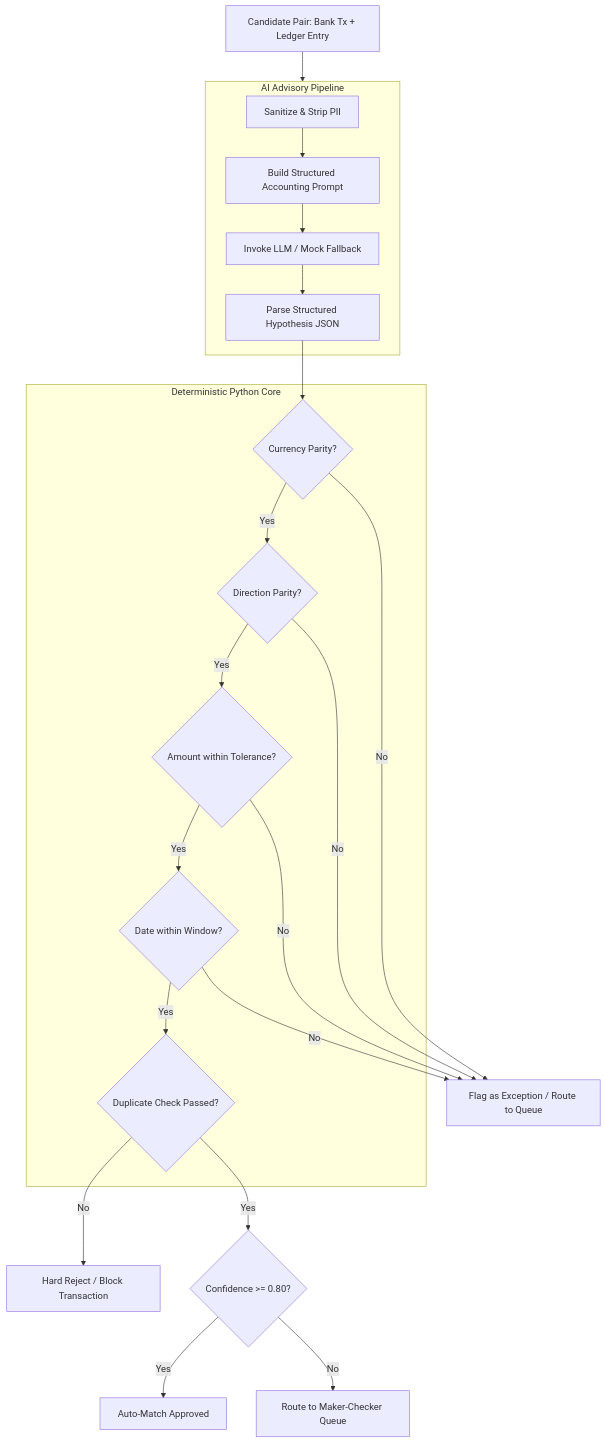
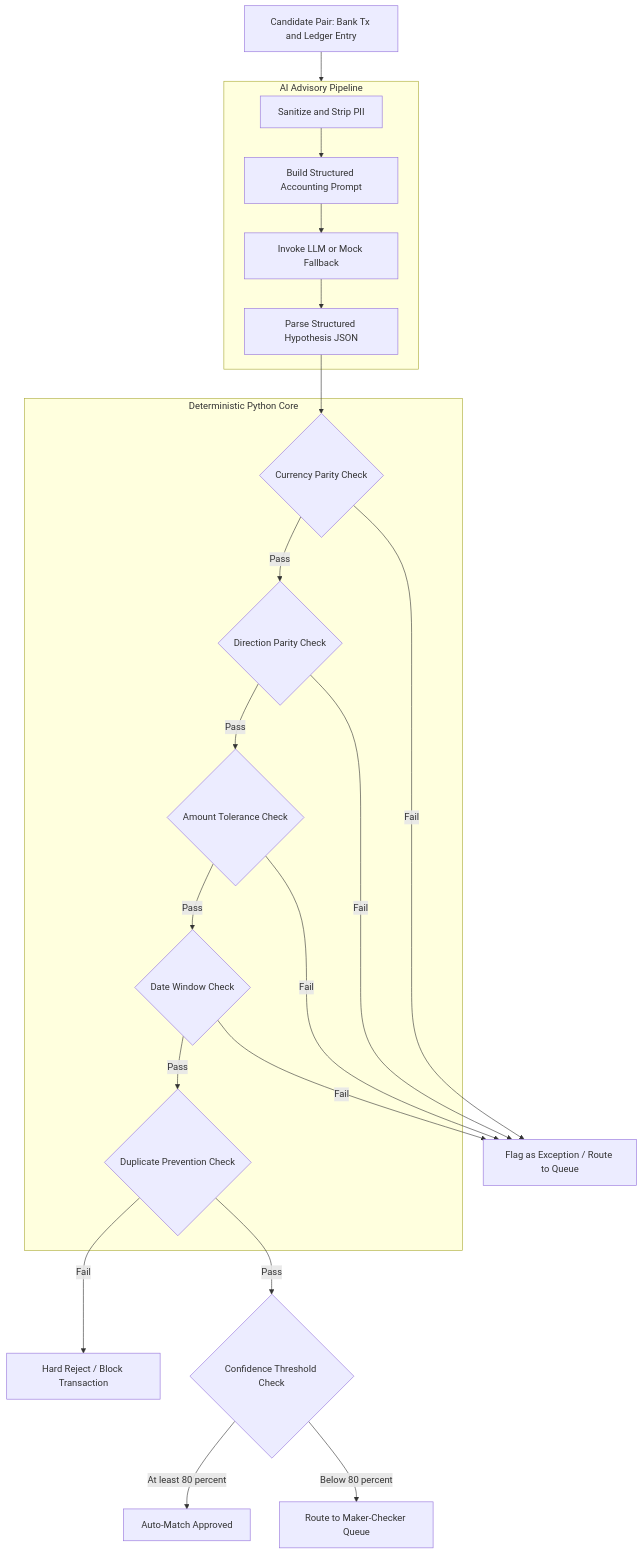
One commit to Surendra571/FinBridge changed the fourth of 6 diagrams in README.md. Above: the diagram before and after it, drawn with Mermaid. The commit also changed other lines of this file, not shown here.

Commit message:
docs: resolve GitHub Mermaid SVG rendering errors across all architecture diagrams

````diff
--- a/README.md
+++ b/README.md
@@ -394,39 +393,41 @@
 ```mermaid
 flowchart TD
-    Candidate[Candidate Pair: Bank Tx + Ledger Entry]
+    Candidate[Candidate Pair: Bank Tx and Ledger Entry]
     
-    subgraph AIStep ["AI Advisory Pipeline"]
-        Sanitize[Sanitize & Strip PII]
+    subgraph AIStep [AI Advisory Pipeline]
+        Sanitize[Sanitize and Strip PII]
         Prompt[Build Structured Accounting Prompt]
-        LLMCall[Invoke LLM / Mock Fallback]
+        LLMCall[Invoke LLM or Mock Fallback]
         ExtractJSON[Parse Structured Hypothesis JSON]
         
-        Sanitize --> Prompt --> LLMCall --> ExtractJSON
+        Sanitize --> Prompt
+        Prompt --> LLMCall
+        LLMCall --> ExtractJSON
     end
 
-    subgraph Gatekeeper ["Deterministic Python Core"]
-        Rule1{Currency Parity?}
-        Rule2{Direction Parity?}
-        Rule3{Amount within Tolerance?}
-        Rule4{Date within Window?}
-        Rule5{Duplicate Check Passed?}
+    subgraph Gatekeeper [Deterministic Python Core]
+        Rule1{Currency Parity Check}
+        Rule2{Direction Parity Check}
+        Rule3{Amount Tolerance Check}
+        Rule4{Date Window Check}
+        Rule5{Duplicate Prevention Check}
         
-        Rule1 -->|Yes| Rule2
-        Rule2 -->|Yes| Rule3
-        Rule3 -->|Yes| Rule4
-        Rule4 -->|Yes| Rule5
+        Rule1 -->|Pass| Rule2
+        Rule2 -->|Pass| Rule3
+        Rule3 -->|Pass| Rule4
+        Rule4 -->|Pass| Rule5
     end
 
     Candidate --> AIStep
     ExtractJSON --> Rule1
 
-    Rule1 -->|No| ExceptionQueue[Flag as Exception / Route to Queue]
-    Rule2 -->|No| ExceptionQueue
-    Rule3 -->|No| ExceptionQueue
-    Rule4 -->|No| ExceptionQueue
-    Rule5 -->|No| RejectDuplicate[Hard Reject / Block Transaction]
+    Rule1 -->|Fail| ExceptionQueue[Flag as Exception / Route to Queue]
+    Rule2 -->|Fail| ExceptionQueue
+    Rule3 -->|Fail| ExceptionQueue
+    Rule4 -->|Fail| ExceptionQueue
+    Rule5 -->|Fail| RejectDuplicate[Hard Reject / Block Transaction]
 
-    Rule5 -->|Yes| CheckConf{Confidence >= 0.80?}
-    CheckConf -->|Yes| AutoMatch[Auto-Match Approved]
-    CheckConf -->|No| HumanReview[Route to Maker-Checker Queue]
+    Rule5 -->|Pass| CheckConf{Confidence Threshold Check}
+    CheckConf -->|At least 80 percent| AutoMatch[Auto-Match Approved]
+    CheckConf -->|Below 80 percent| HumanReview[Route to Maker-Checker Queue]
 ```
````
